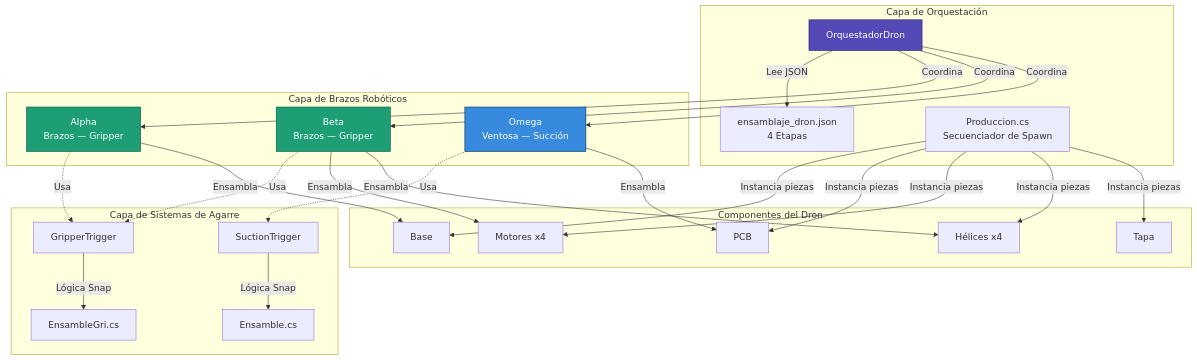
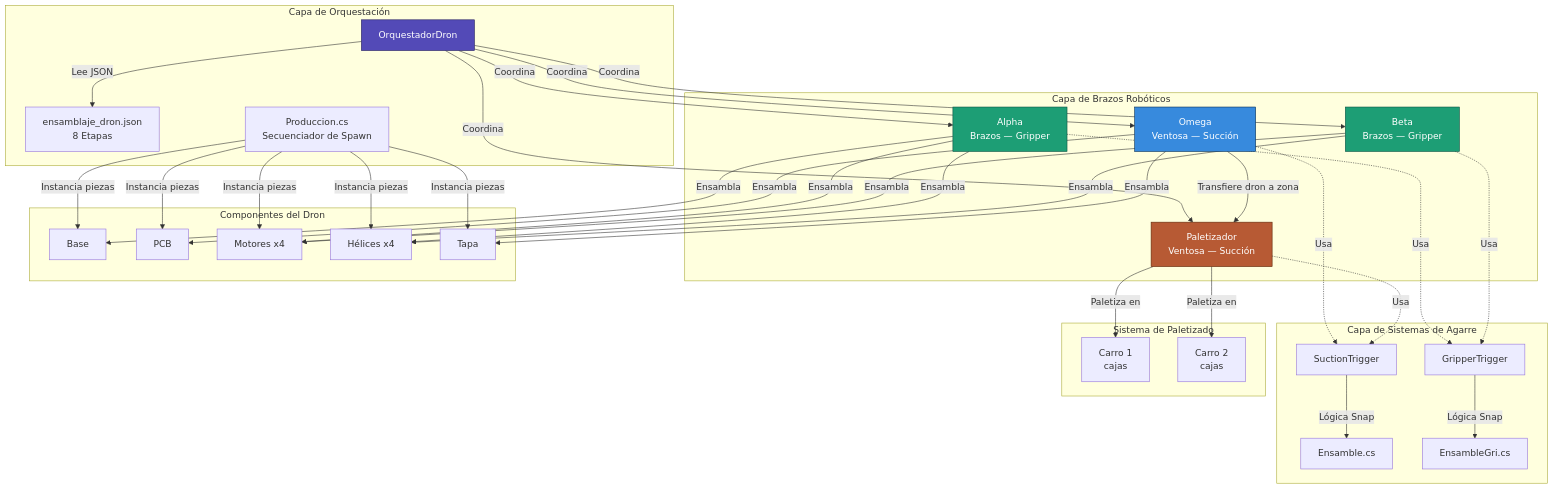
Before and after one commit to jorgefajardom-coder/drone-packaging-simulation-unity: the fourth of 6 diagrams in README.md, drawn with Mermaid. The commit also changed other lines of this file, not shown here.

````diff
--- a/README.md
+++ b/README.md
@@ -1035,56 +1081,71 @@
 ```mermaid
 graph TB
     subgraph "Capa de Orquestación"
         O[OrquestadorDron]
-        JSON[ensamblaje_dron.json<br/>4 Etapas]
+        JSON[ensamblaje_dron.json<br/>8 Etapas]
         P[Produccion.cs<br/>Secuenciador de Spawn]
     end
     
     subgraph "Capa de Brazos Robóticos"
         B1[Alpha<br/>Brazos — Gripper]
         B2[Beta<br/>Brazos — Gripper]
         B3[Omega<br/>Ventosa — Succión]
+        B4[Paletizador<br/>Ventosa — Succión]
     end
     
     subgraph "Capa de Sistemas de Agarre"
         G[GripperTrigger]
         V[SuctionTrigger]
         E1[Ensamble.cs]
         E2[EnsambleGri.cs]
     end
     
     subgraph "Componentes del Dron"
         BASE[Base]
         PCB[PCB]
         MOTOR[Motores x4]
         HELICE[Hélices x4]
         TAPA[Tapa]
     end
+
+    subgraph "Sistema de Paletizado"
+        CARRO1[Carro 1<br/>cajas]
+        CARRO2[Carro 2<br/>cajas]
+    end
     
     O -->|Lee JSON| JSON
     O -->|Coordina| B1
     O -->|Coordina| B2
     O -->|Coordina| B3
+    O -->|Coordina| B4
     P -->|Instancia piezas| BASE
     P -->|Instancia piezas| PCB
     P -->|Instancia piezas| MOTOR
     P -->|Instancia piezas| HELICE
     P -->|Instancia piezas| TAPA
     
     B1 -.->|Usa| G
     B2 -.->|Usa| G
     B3 -.->|Usa| V
+    B4 -.->|Usa| V
     
     G -->|Lógica Snap| E2
     V -->|Lógica Snap| E1
     
     B1 -->|Ensambla| BASE
     B3 -->|Ensambla| PCB
+    B1 -->|Ensambla| MOTOR
     B2 -->|Ensambla| MOTOR
+    B1 -->|Ensambla| HELICE
     B2 -->|Ensambla| HELICE
+    B3 -->|Ensambla| TAPA
+    B3 -->|Transfiere dron a zona| B4
+    B4 -->|Paletiza en| CARRO1
+    B4 -->|Paletiza en| CARRO2
     
     style O fill:#534AB7,stroke:#26215C,color:#fff
     style B1 fill:#1D9E75,stroke:#085041,color:#fff
     style B2 fill:#1D9E75,stroke:#085041,color:#fff
     style B3 fill:#378ADD,stroke:#042C53,color:#fff
+    style B4 fill:#B75A34,stroke:#5C2506,color:#fff
 ```
````
